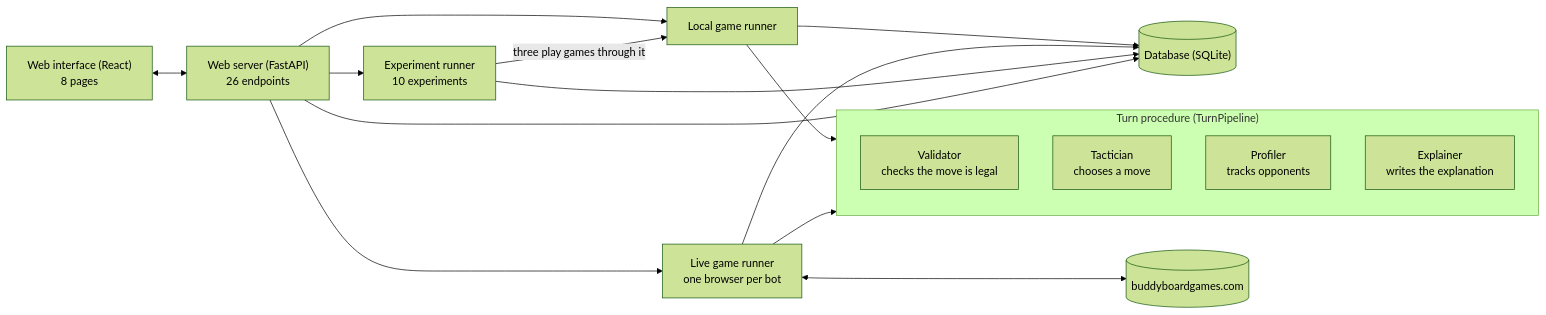
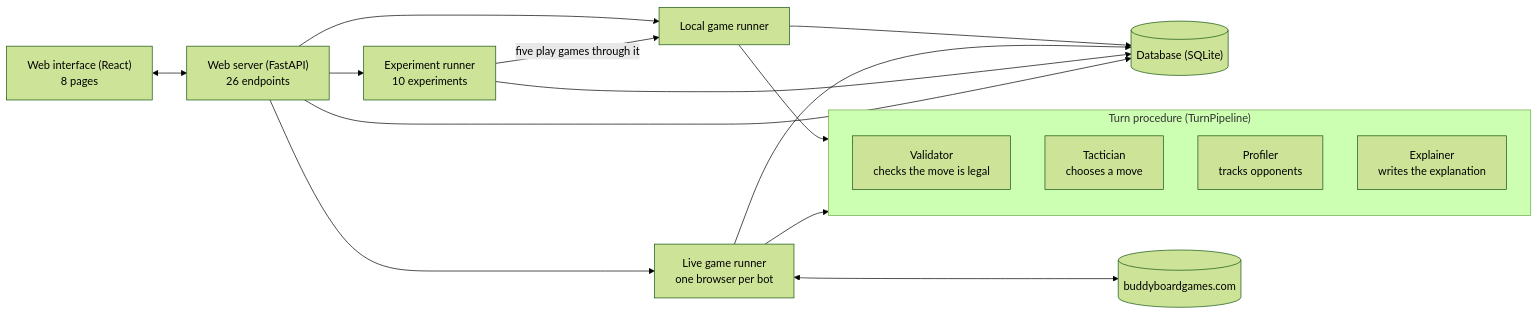
Before and after one commit to rongrongrr/AIS_PT07-Group1_MultiAgentBoardGameIntelligence: the first of 3 diagrams in docs/FINAL_REPORT.md, drawn with Mermaid (forest theme). The commit also changed other lines of this file, not shown here.

````diff
--- a/docs/FINAL_REPORT.md
+++ b/docs/FINAL_REPORT.md
@@ -80,23 +80,23 @@
 ```mermaid
 flowchart LR
   UI["Web interface (React)<br/>8 pages"]
   API["Web server (FastAPI)<br/>26 endpoints"]
   MR["Local game runner"]
   LS["Live game runner<br/>one browser per bot"]
   EX["Experiment runner<br/>10 experiments"]
   subgraph Turn["Turn procedure (TurnPipeline)"]
     V["Validator<br/>checks the move is legal"]
     T["Tactician<br/>chooses a move"]
     PR["Profiler<br/>tracks opponents"]
     XP["Explainer<br/>writes the explanation"]
   end
   L[("Database (SQLite)")]
   W[("buddyboardgames.com")]
   UI <--> API
   API --> MR & LS & EX
-  EX -->|three play games through it| MR
+  EX -->|five play games through it| MR
   MR & LS --> Turn
   MR & LS & EX --> L
   LS <--> W
   API --> L
 ```
````
